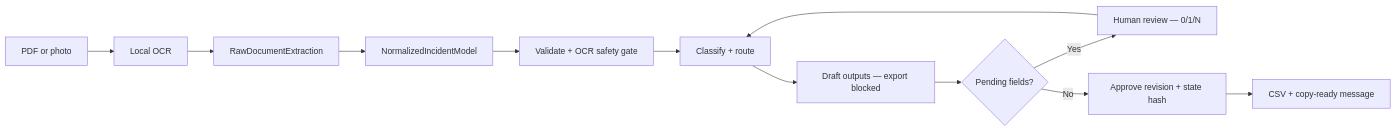
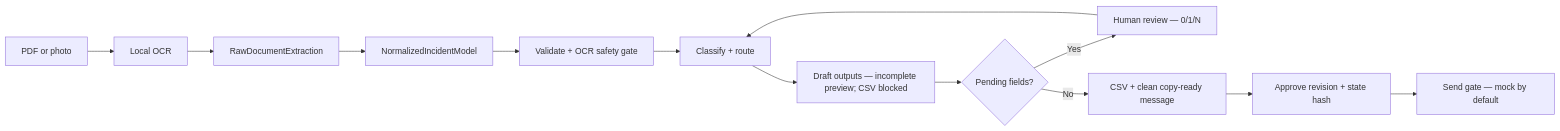
The diagram in README.md (JoaoMiltzarek/security-shift-intake), drawn with Mermaid before and after one commit. The commit also changed other lines of this file and 1 other file, not shown here.

````diff
--- a/README.md
+++ b/README.md
@@ -37,14 +37,15 @@
 ```mermaid
 flowchart LR
     A["PDF or photo"] --> B["Local OCR"]
     B --> C["RawDocumentExtraction"]
     C --> D["NormalizedIncidentModel"]
     D --> E["Validate + OCR safety gate"]
     E --> F["Classify + route"]
-    F --> G["Draft outputs — export blocked"]
+    F --> G["Draft outputs — incomplete preview; CSV blocked"]
     G --> H{"Pending fields?"}
     H -- "Yes" --> I["Human review — 0/1/N"]
     I --> F
-    H -- "No" --> J["Approve revision + state hash"]
-    J --> K["CSV + copy-ready message"]
+    H -- "No" --> K["CSV + clean copy-ready message"]
+    K --> J["Approve revision + state hash"]
+    J --> L["Send gate — mock by default"]
 ```
````
